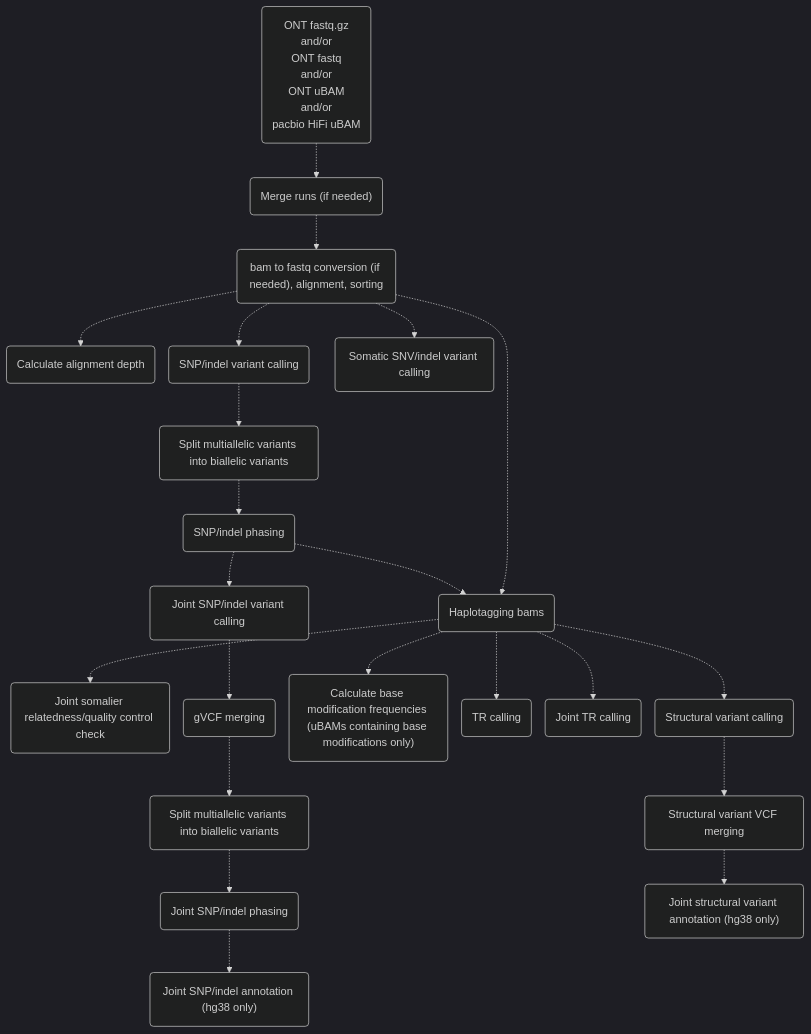
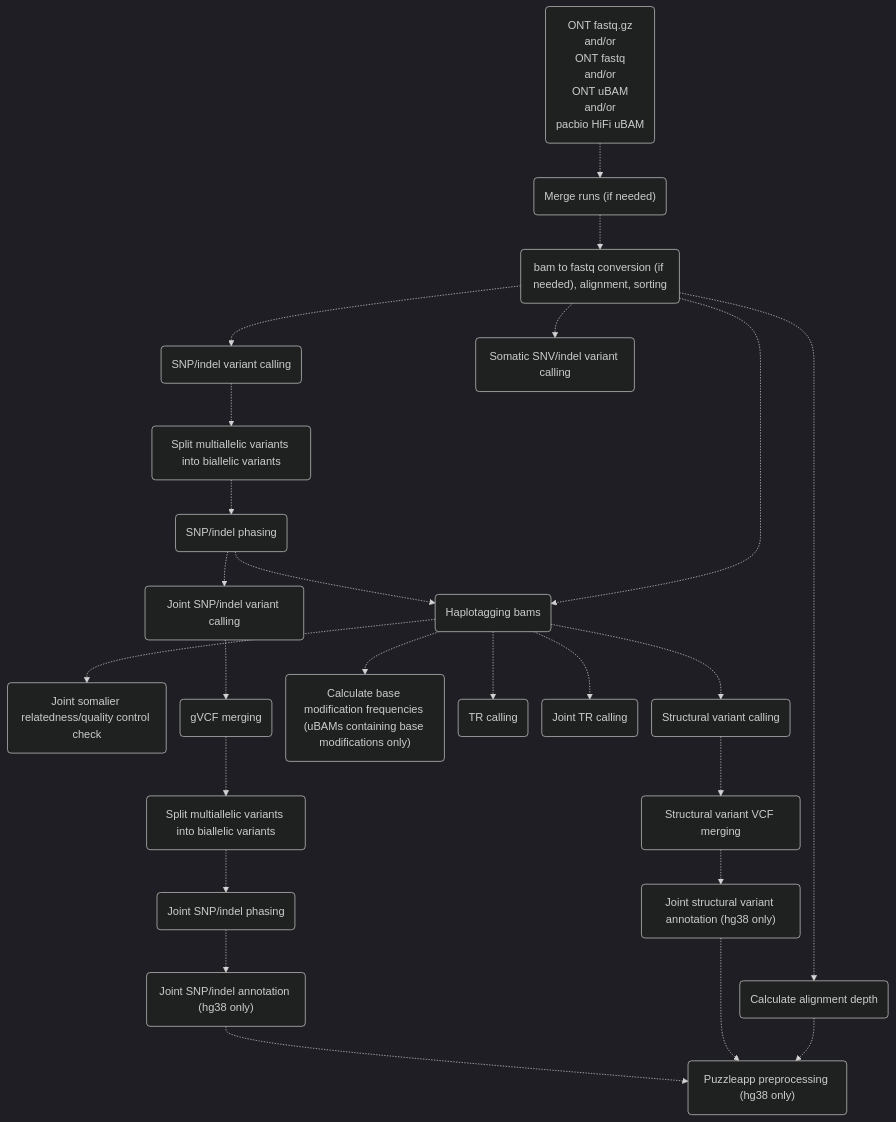
One commit to leahkemp/pipeface changed the third of 3 diagrams in docs/pipeface/info.md. Above: the diagram before and after it, drawn with Mermaid. The commit also changed other lines of this file and 6 other files, not shown here.

````diff
--- a/docs/pipeface/info.md
+++ b/docs/pipeface/info.md
@@ -81,38 +85,40 @@
 ```mermaid
 %%{init:{'theme':'dark','themeVariables':{'fontSize':'11'},'flowchart':{'nodeSpacing':20}}}%%
 flowchart TB
 
 input_data("ONT fastq.gz <br> and/or <br> ONT fastq <br> and/or <br> ONT uBAM <br> and/or <br> pacbio HiFi uBAM")
 merging("Merge runs (if needed)")
 alignment("bam to fastq conversion (if needed), alignment, sorting")
 depth("Calculate alignment depth")
 snp_indel_calling("SNP/indel variant calling")
 somatic_calling("Somatic SNV/indel variant calling")
 split_multiallele("Split multiallelic variants into biallelic variants")
 snp_indel_phasing("SNP/indel phasing")
 joint_snp_indel_calling("Joint SNP/indel variant calling")
 joint_somalier("Joint somalier relatedness/quality control check")
 gvcf_merging("gVCF merging")
 joint_split_multiallele("Split multiallelic variants into biallelic variants")
 joint_snp_indel_phasing("Joint SNP/indel phasing")
 joint_snp_indel_annotation("Joint SNP/indel annotation (hg38 only)")
 haplotagging("Haplotagging bams")
 calculate_base_mod_freqs("Calculate base modification frequencies (uBAMs containing base modifications only)")
 tr_calling("TR calling")
 joint_tr_calling("Joint TR calling")
 sv_calling("Structural variant calling")
 sv_vcf_merging("Structural variant VCF merging")
 joint_sv_annotation("Joint structural variant annotation (hg38 only)")
+puzzleapp_preprocessing("Puzzleapp preprocessing (hg38 only)")
 
 input_data-.->merging-.->alignment-.->snp_indel_calling-.->split_multiallele-.->snp_indel_phasing-.->haplotagging-.->sv_calling
 alignment-.->depth
 alignment-.->somatic_calling
 alignment-.->haplotagging
 haplotagging-.->calculate_base_mod_freqs
 haplotagging-.->tr_calling
 haplotagging-.->joint_tr_calling
 haplotagging-.->joint_somalier
-snp_indel_phasing-.->joint_snp_indel_calling-.->gvcf_merging-.->joint_split_multiallele-.->joint_snp_indel_phasing-.->joint_snp_indel_annotation
-sv_calling-.->sv_vcf_merging-.->joint_sv_annotation
+snp_indel_phasing-.->joint_snp_indel_calling-.->gvcf_merging-.->joint_split_multiallele-.->joint_snp_indel_phasing-.->joint_snp_indel_annotation-.->puzzleapp_preprocessing
+sv_calling-.->sv_vcf_merging-.->joint_sv_annotation-.->puzzleapp_preprocessing
+depth-.->puzzleapp_preprocessing
 
 ```
````
